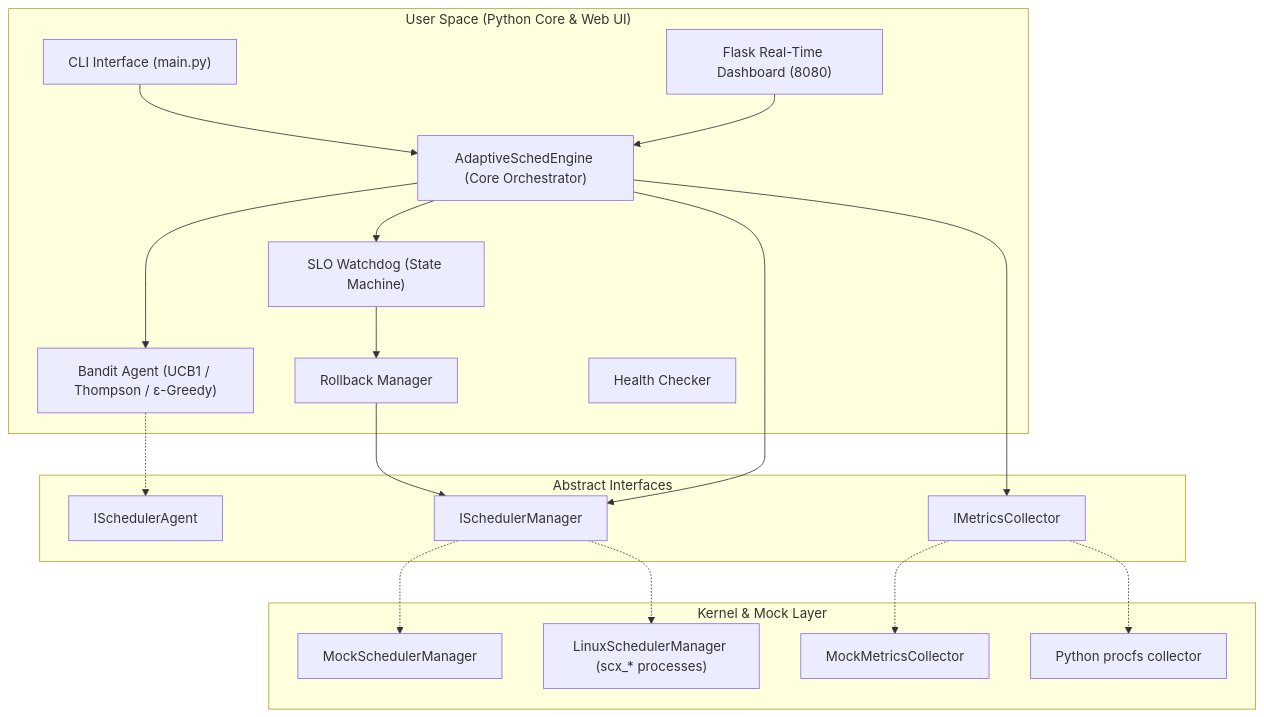
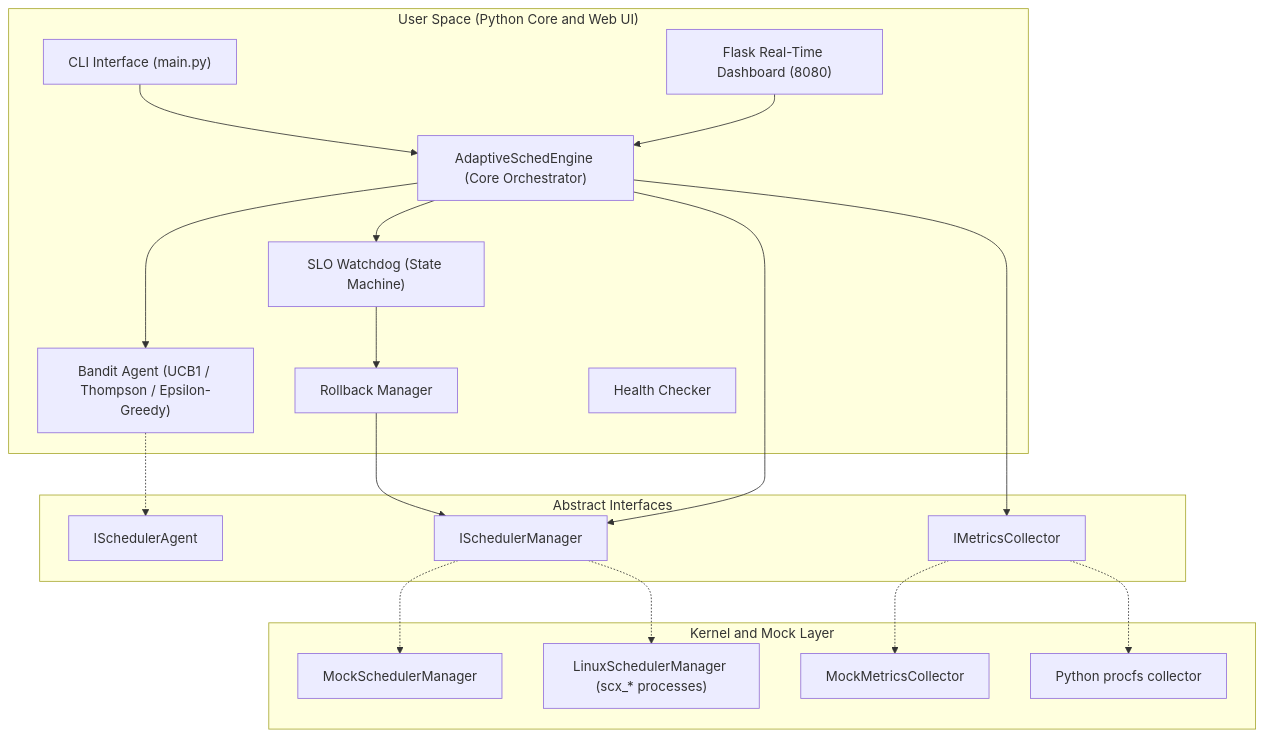
One commit to SilentFURY-x/AdaptiveSched changed the diagram in README.md. Above: the diagram before and after it, drawn with Mermaid. The commit also changed other lines of this file and 17 other files, not shown here.

````diff
--- a/README.md
+++ b/README.md
@@ -39,40 +40,40 @@
 ```mermaid
 graph TD
-    subgraph UserSpace ["User Space (Python Core & Web UI)"]
+    subgraph UserSpace ["User Space (Python Core and Web UI)"]
         CLI["CLI Interface (main.py)"]
         Dashboard["Flask Real-Time Dashboard (8080)"]
         Engine["AdaptiveSchedEngine (Core Orchestrator)"]
-        Agent["Bandit Agent (UCB1 / Thompson / ε-Greedy)"]
+        Agent["Bandit Agent (UCB1 / Thompson / Epsilon-Greedy)"]
         Watchdog["SLO Watchdog (State Machine)"]
         Rollback["Rollback Manager"]
         Health["Health Checker"]
     end
 
     subgraph Boundaries ["Abstract Interfaces"]
         ISched["ISchedulerManager"]
         IMetrics["IMetricsCollector"]
         IAgent["ISchedulerAgent"]
     end
 
-    subgraph Execution ["Kernel & Mock Layer"]
+    subgraph Execution ["Kernel and Mock Layer"]
         MockSched["MockSchedulerManager"]
         MockMetrics["MockMetricsCollector"]
         RealSched["LinuxSchedulerManager (scx_* processes)"]
         RealMetrics["Python procfs collector"]
     end
 
     CLI --> Engine
     Dashboard --> Engine
     Engine --> Agent
     Engine --> Watchdog
     Watchdog --> Rollback
     Rollback --> ISched
     Engine --> ISched
     Engine --> IMetrics
 
     ISched -.-> MockSched
     ISched -.-> RealSched
     IMetrics -.-> MockMetrics
     IMetrics -.-> RealMetrics
     Agent -.-> IAgent
 ```
````
